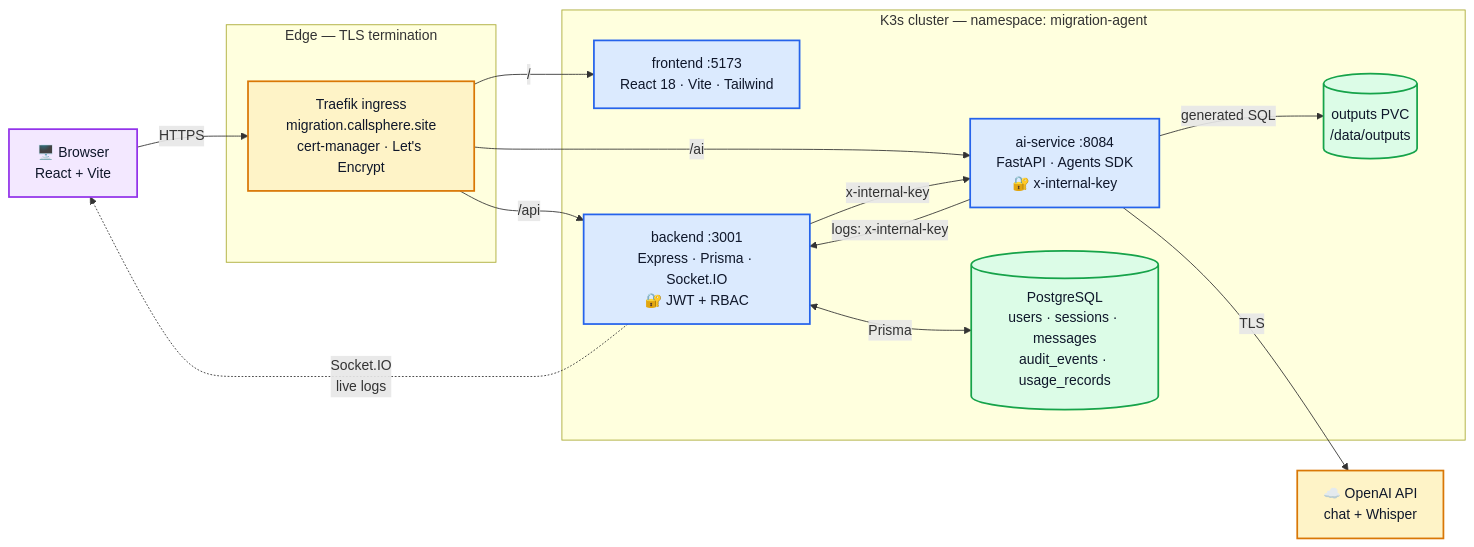
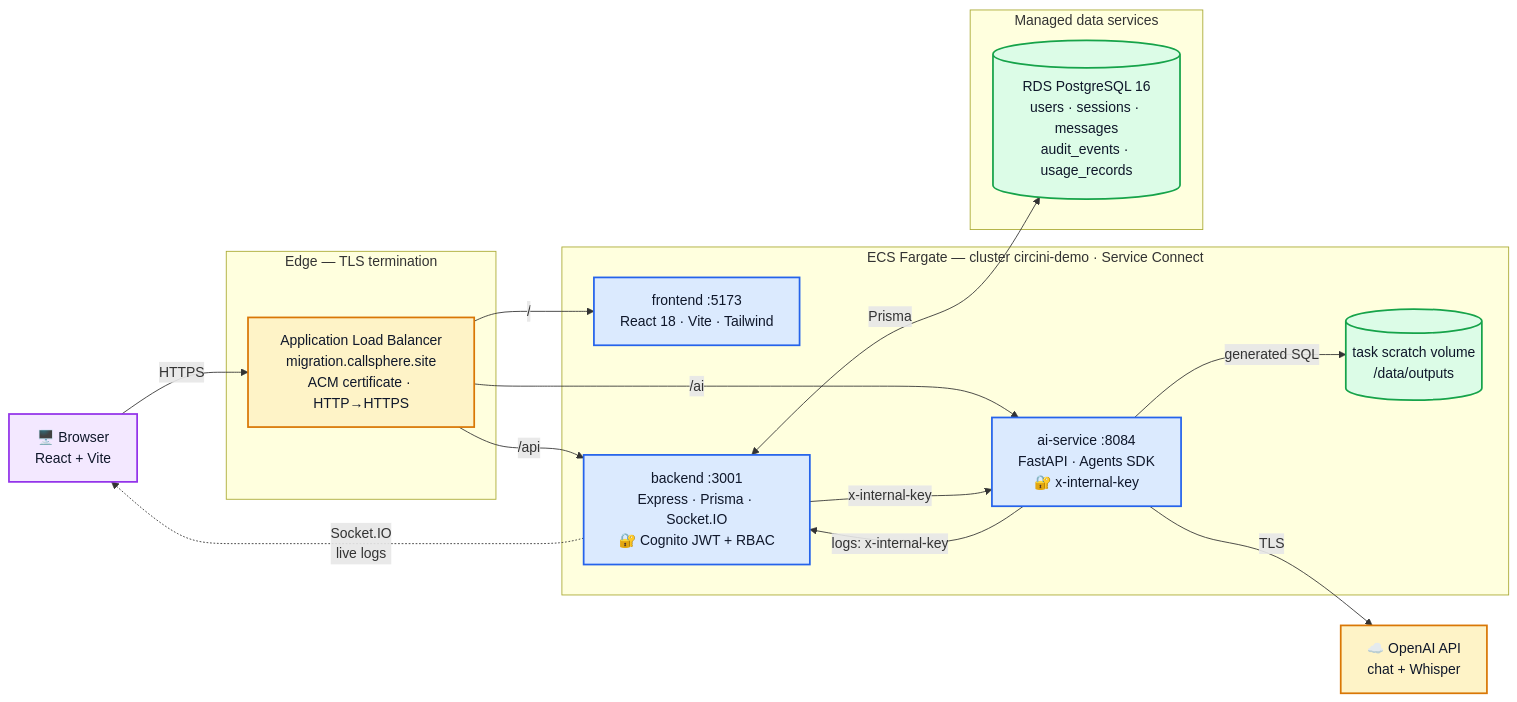
Before and after one commit to shankasf/small_migration: the first of 4 diagrams in README.md, drawn with Mermaid. The commit also changed other lines of this file and 11 other files, not shown here.

````diff
--- a/README.md
+++ b/README.md
@@ -17,38 +17,41 @@
 ```mermaid
 flowchart LR
     U["🖥️ Browser<br/>React + Vite"]
 
     subgraph edge["Edge — TLS termination"]
-        IG["Traefik ingress<br/>migration.callsphere.site<br/>cert-manager · Let's Encrypt"]
+        IG["Application Load Balancer<br/>migration.callsphere.site<br/>ACM certificate · HTTP→HTTPS"]
     end
 
-    subgraph cluster["K3s cluster — namespace: migration-agent"]
+    subgraph cluster["ECS Fargate — cluster circini-demo · Service Connect"]
         FE["frontend :5173<br/>React 18 · Vite · Tailwind"]
-        BE["backend :3001<br/>Express · Prisma · Socket.IO<br/>🔐 JWT + RBAC"]
+        BE["backend :3001<br/>Express · Prisma · Socket.IO<br/>🔐 Cognito JWT + RBAC"]
         AI["ai-service :8084<br/>FastAPI · Agents SDK<br/>🔐 x-internal-key"]
-        DB[("PostgreSQL<br/>users · sessions · messages<br/>audit_events · usage_records")]
-        PV[("outputs PVC<br/>/data/outputs")]
+        PV[("task scratch volume<br/>/data/outputs")]
+    end
+
+    subgraph managed["Managed data services"]
+        DB[("RDS PostgreSQL 16<br/>users · sessions · messages<br/>audit_events · usage_records")]
     end
 
     OAI["☁️ OpenAI API<br/>chat + Whisper"]
 
     U -- HTTPS --> IG
     IG -- "/" --> FE
     IG -- "/api" --> BE
     IG -- "/ai" --> AI
     BE <-- "Prisma" --> DB
     BE -- "x-internal-key" --> AI
     AI -- "logs: x-internal-key" --> BE
     BE -. "Socket.IO<br/>live logs" .-> U
     AI -- "generated SQL" --> PV
     AI -- "TLS" --> OAI
 
     classDef svc fill:#dbeafe,stroke:#2563eb,stroke-width:2px,color:#0f172a
     classDef data fill:#dcfce7,stroke:#16a34a,stroke-width:2px,color:#0f172a
     classDef ext fill:#fef3c7,stroke:#d97706,stroke-width:2px,color:#0f172a
     classDef client fill:#f3e8ff,stroke:#9333ea,stroke-width:2px,color:#0f172a
     class FE,BE,AI svc
     class DB,PV data
     class OAI,IG ext
     class U client
 ```
````
